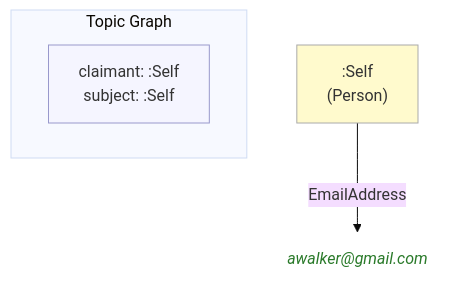
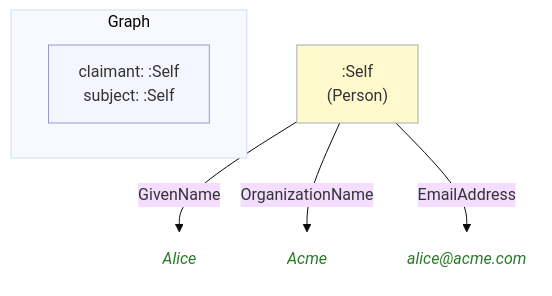
Before and after one commit to MeeFoundation/mia-ontologies: the diagram in example/graphs/images/graph-16.mmd, drawn with Mermaid (base theme). The commit also changed 101 other files, not shown here.

```diff
--- a/example/graphs/images/graph-16.mmd
+++ b/example/graphs/images/graph-16.mmd
@@ -1,16 +1,19 @@
 flowchart TD
     classDef person fill:#fffacd,stroke:#aaa,color:#333
-    classDef grp    fill:#d4edda,stroke:#aaa,color:#333
     classDef org    fill:#cce5ff,stroke:#aaa,color:#333
     classDef lit    fill:none,stroke:none,font-style:italic,color:#2a7a2a
     classDef meta   fill:#f5f5ff,stroke:#9999cc,color:#333
 
-    subgraph ctx["Topic Graph"]
+    subgraph ctx["Graph"]
         direction LR
         ctx_meta["claimant: :Self\nsubject: :Self"]:::meta
     end
 
     ne0c3ba92f1db[":Self\n(Person)"]:::person
-    n879f664e975f("awalker@gmail.com"):::lit
+    n0356a11d7b3e("Alice"):::lit
+    n37c71833aaa2("Acme"):::lit
+    n150ebec9f3cb("alice@acme.com"):::lit
 
-    ne0c3ba92f1db -->|"EmailAddress"| n879f664e975f
+    ne0c3ba92f1db -->|"GivenName"| n0356a11d7b3e
+    ne0c3ba92f1db -->|"OrganizationName"| n37c71833aaa2
+    ne0c3ba92f1db -->|"EmailAddress"| n150ebec9f3cb
```
